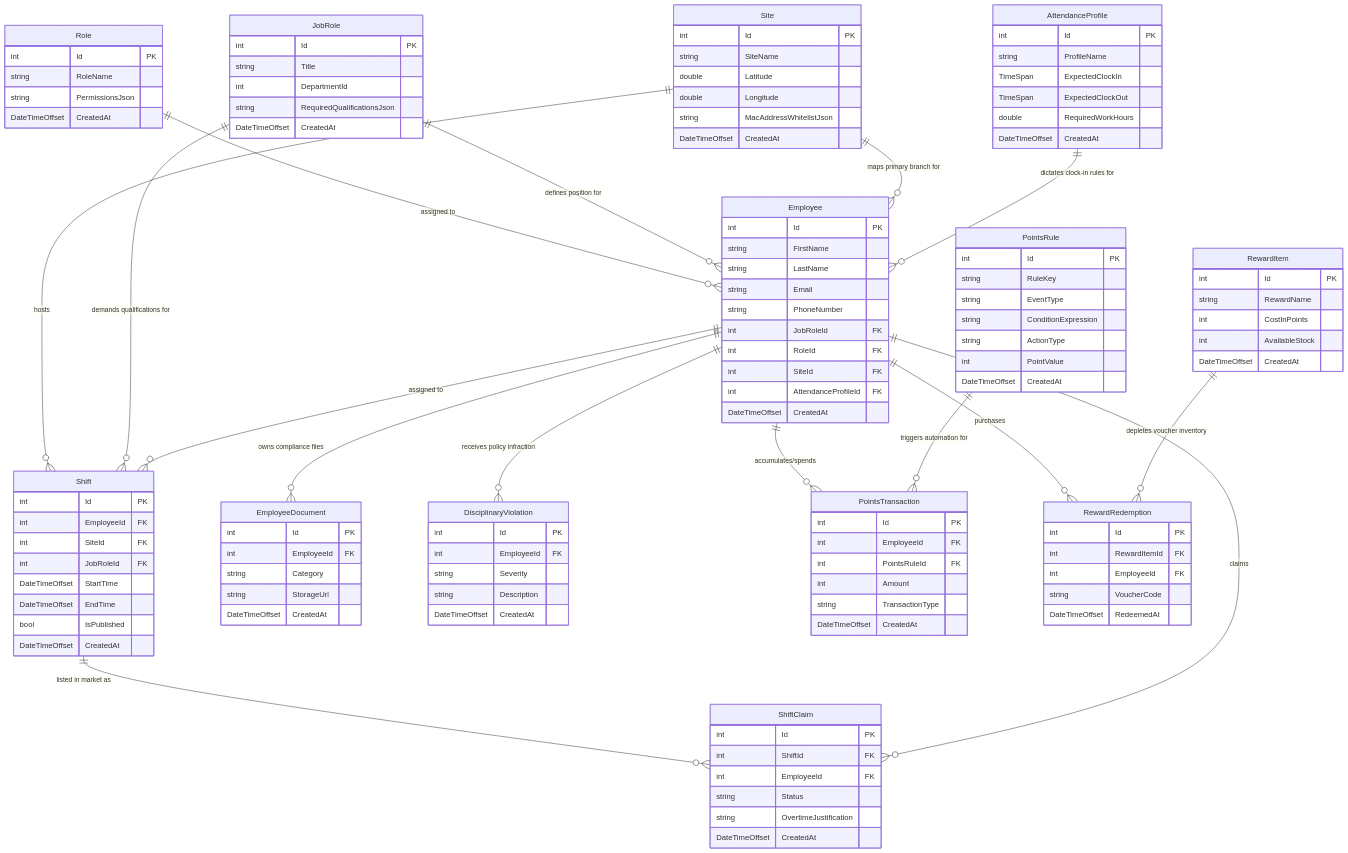
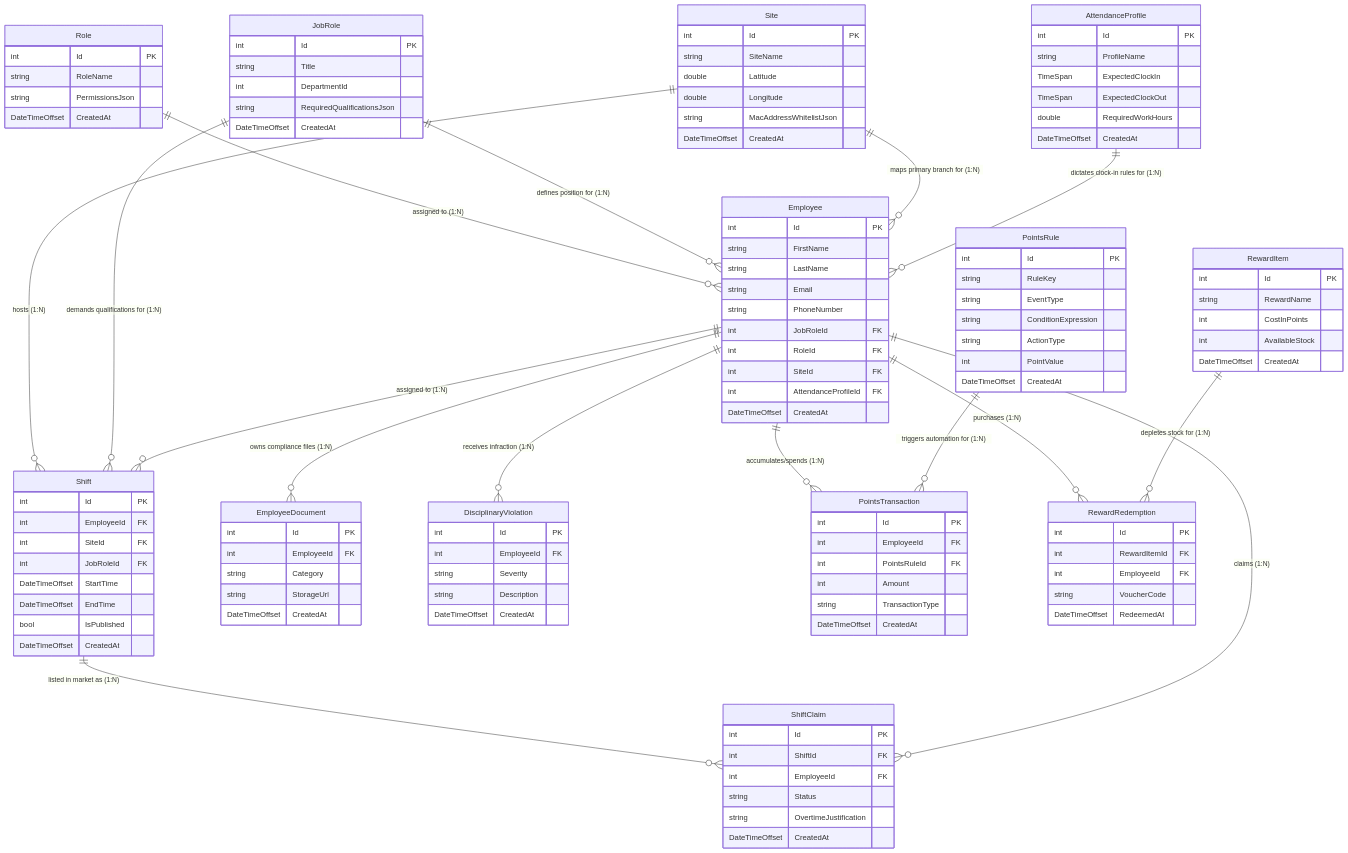
The diagram in docs/ERD.md (Moha-sami/HR_System), drawn with Mermaid before and after one commit. The commit also changed other lines of this file and 2 other files, not shown here.

Commit message:
Add multi-stage visual ERD diagrams starting with clean white theme overview

````diff
--- a/docs/ERD.md
+++ b/docs/ERD.md
@@ -11,26 +54,26 @@
 ```mermaid
 erDiagram
 
-    Role ||--o{ Employee : "assigned to"
-    JobRole ||--o{ Employee : "defines position for"
-    Site ||--o{ Employee : "maps primary branch for"
-    AttendanceProfile ||--o{ Employee : "dictates clock-in rules for"
+    Role ||--o{ Employee : "assigned to (1:N)"
+    JobRole ||--o{ Employee : "defines position for (1:N)"
+    Site ||--o{ Employee : "maps primary branch for (1:N)"
+    AttendanceProfile ||--o{ Employee : "dictates clock-in rules for (1:N)"
     
-    Site ||--o{ Shift : "hosts"
-    JobRole ||--o{ Shift : "demands qualifications for"
-    Employee ||--o{ Shift : "assigned to"
+    Site ||--o{ Shift : "hosts (1:N)"
+    JobRole ||--o{ Shift : "demands qualifications for (1:N)"
+    Employee ||--o{ Shift : "assigned to (1:N)"
     
-    Shift ||--o{ ShiftClaim : "listed in market as"
-    Employee ||--o{ ShiftClaim : "claims"
+    Shift ||--o{ ShiftClaim : "listed in market as (1:N)"
+    Employee ||--o{ ShiftClaim : "claims (1:N)"
     
-    Employee ||--o{ EmployeeDocument : "owns compliance files"
-    Employee ||--o{ DisciplinaryViolation : "receives policy infraction"
+    Employee ||--o{ EmployeeDocument : "owns compliance files (1:N)"
+    Employee ||--o{ DisciplinaryViolation : "receives infraction (1:N)"
     
-    Employee ||--o{ PointsTransaction : "accumulates/spends"
-    PointsRule ||--o{ PointsTransaction : "triggers automation for"
+    Employee ||--o{ PointsTransaction : "accumulates/spends (1:N)"
+    PointsRule ||--o{ PointsTransaction : "triggers automation for (1:N)"
     
-    Employee ||--o{ RewardRedemption : "purchases"
-    RewardItem ||--o{ RewardRedemption : "depletes voucher inventory"
+    Employee ||--o{ RewardRedemption : "purchases (1:N)"
+    RewardItem ||--o{ RewardRedemption : "depletes stock for (1:N)"
 
     Role {
         int Id PK
````
